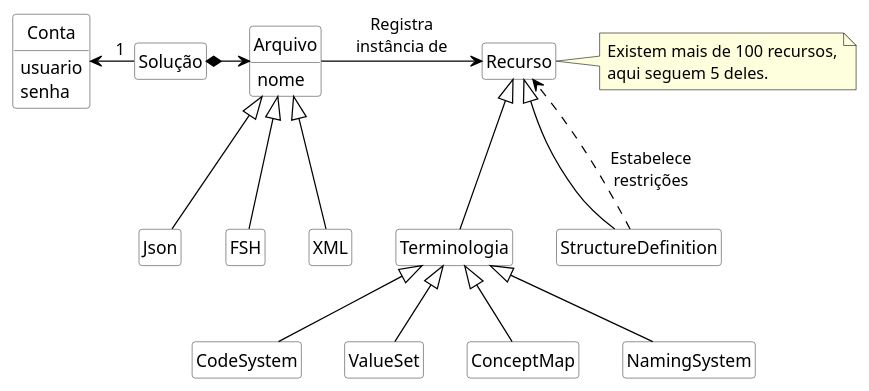
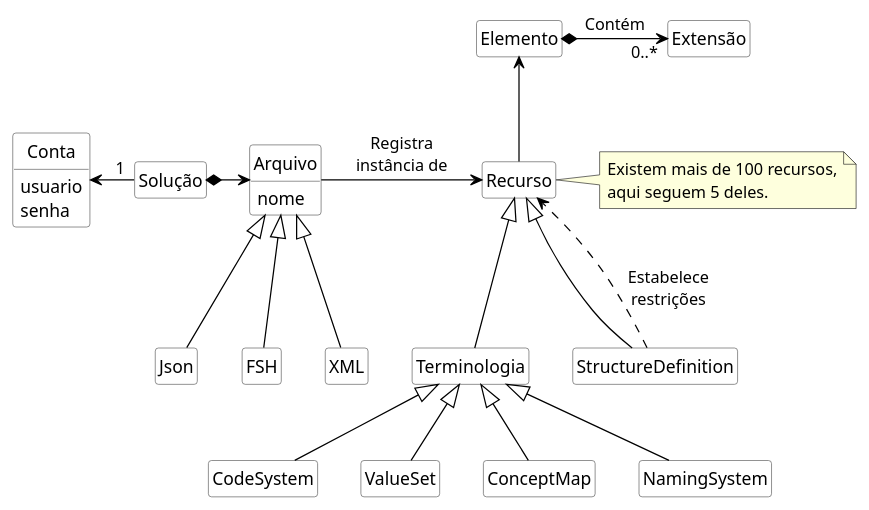
Before and after one commit to rnds-tools/gui: the diagram in diagramas/dominio.puml, drawn with PlantUML. The commit also changed 1 other file, not shown here.

```diff
--- a/diagramas/dominio.puml
+++ b/diagramas/dominio.puml
@@ -1,74 +1,79 @@
 @startuml dominio
 
 hide circle
 hide methods
 hide empty members
 
 skinparam class {
     BackgroundColor White
     ArrowColor Black
     BorderColor #505050
 }
 
 class Conta {
     usuario
     senha
 }
 
 class Solução {
 }
 
 class Arquivo {
     nome
 }
 
 class Json {
 }
 
 class FSH {
 }
 
 class XML {
 }
 
 class Recurso {
 }
 
 class Terminologia {
 }
 
 class CodeSystem {
 }
 
 class ValueSet {
 }
 
 class ConceptMap {
 }
 
 class NamingSystem {
 }
 
 class StructureDefinition {
 }
 
+class Elemento {}
+class Extensão {}
+
 Terminologia -up-|> Recurso
 StructureDefinition -up-|> Recurso
 StructureDefinition ..> Recurso : Estabelece\nrestrições
 CodeSystem -up-|> Terminologia
 ValueSet -up-|> Terminologia
 ConceptMap -up-|> Terminologia
 NamingSystem -up-|> Terminologia
 
 Arquivo -right-> Recurso : "Registra\ninstância de"
 Solução *-right-> Arquivo
 Solução "1" -left-> Conta
 
 XML -up-|> Arquivo
 Json -up-|> Arquivo
 FSH -up-|> Arquivo
 
 note "Existem mais de 100 recursos,\naqui seguem 5 deles." as Nota
 Recurso .right. Nota
 
+Recurso -up-> Elemento
+Elemento *-right-> "0..*" Extensão : Contém
 @enduml
```
